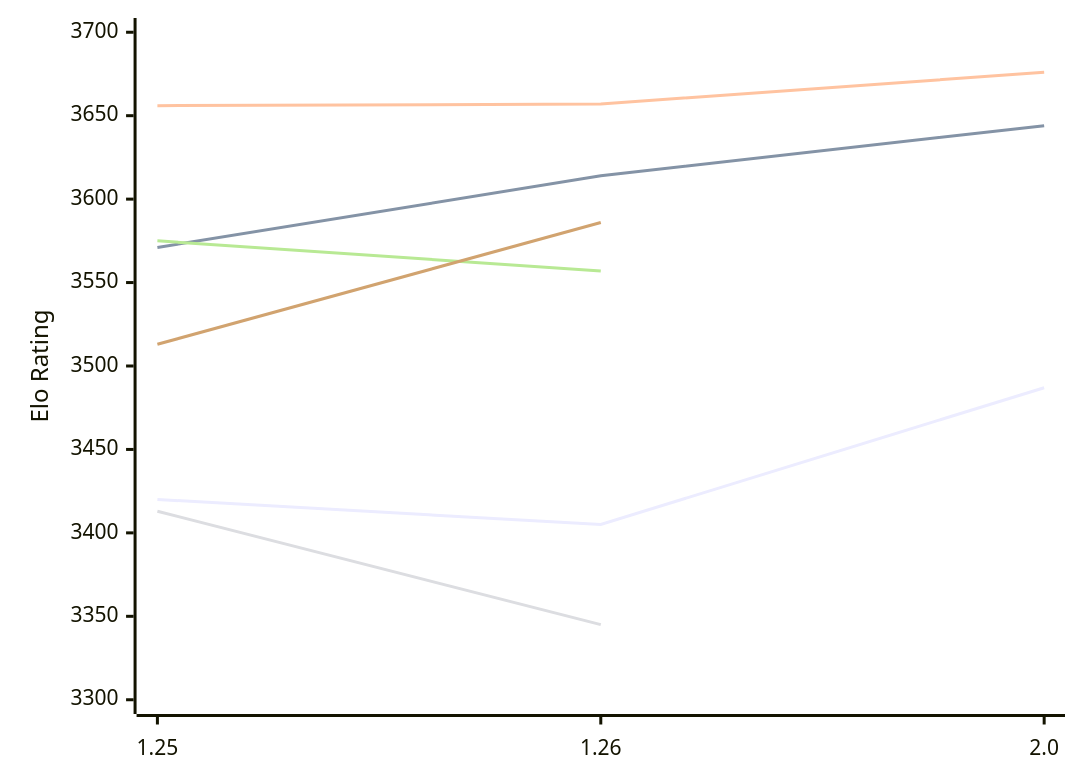
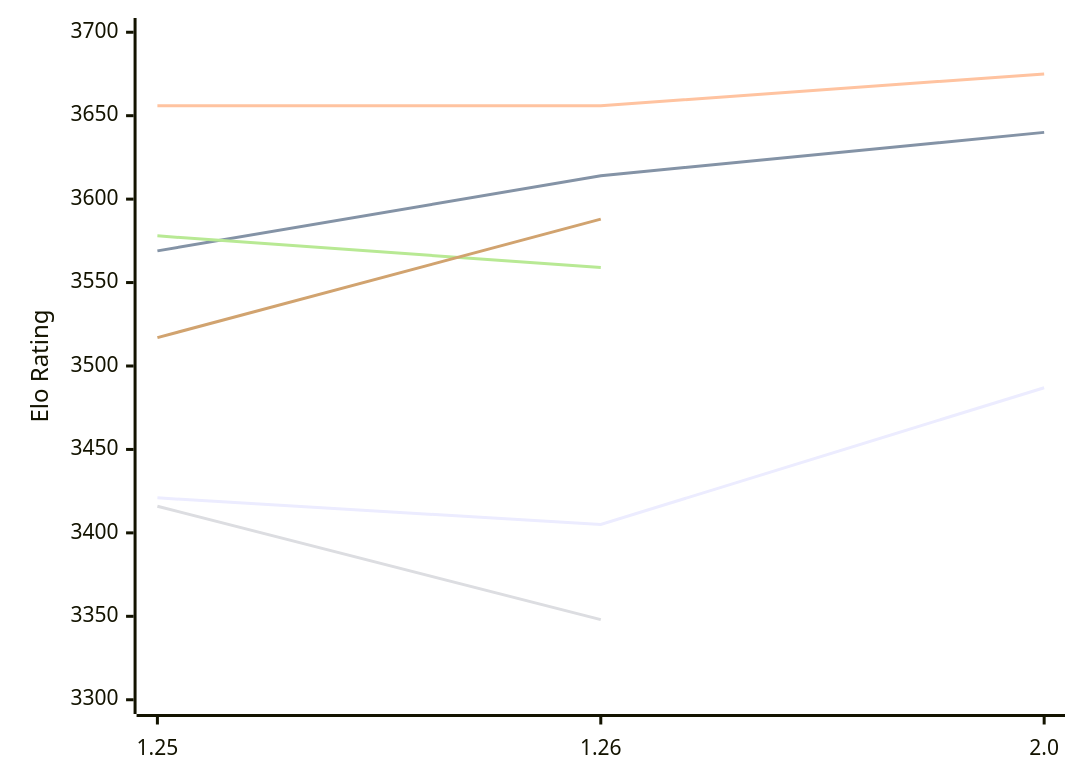
One commit to computer-chess-index/cci changed the first of 2 diagrams in engines/Caissa.md. Above: the diagram before and after it, drawn with Mermaid. The commit also changed other lines of this file, not shown here.

Commit message:
Update CCI Ratings (ELO VLTC) - 2026-11-24

````diff
--- a/engines/Caissa.md
+++ b/engines/Caissa.md
@@ -57,12 +57,12 @@
 ```mermaid
 %%{init: {"theme":"base","themeVariables":{"seriesColors:['#a3a3a3','#222221','#faa371']}}}%%
 xychart-beta
   x-axis ["1.25", "1.26", "2.0"]
   y-axis "Elo Rating" 3300 --> 3700
-  line "E1: STC (8.0+0.08s)" [3420, 3405, 3487]
-  line "E1: LTC (60.0+0.60s)" [3571, 3614, 3644]
-  line "E1: VLTC (2m24s+1.12s)" [3656, 3657, 3676]
-  line "P1: STC (8.0+0.08s)" [3413, 3345]
-  line "P1: LTC (60.0+0.60s)" [3575, 3557]
-  line "P1: VLTC (2m24s+1.12s)" [3513, 3586]
+  line "E1: STC (8.0+0.08s)" [3421, 3405, 3487]
+  line "E1: LTC (60.0+0.60s)" [3569, 3614, 3640]
+  line "E1: VLTC (2m24s+1.12s)" [3656, 3656, 3675]
+  line "P1: STC (8.0+0.08s)" [3416, 3348]
+  line "P1: LTC (60.0+0.60s)" [3578, 3559]
+  line "P1: VLTC (2m24s+1.12s)" [3517, 3588]
 ```
````
